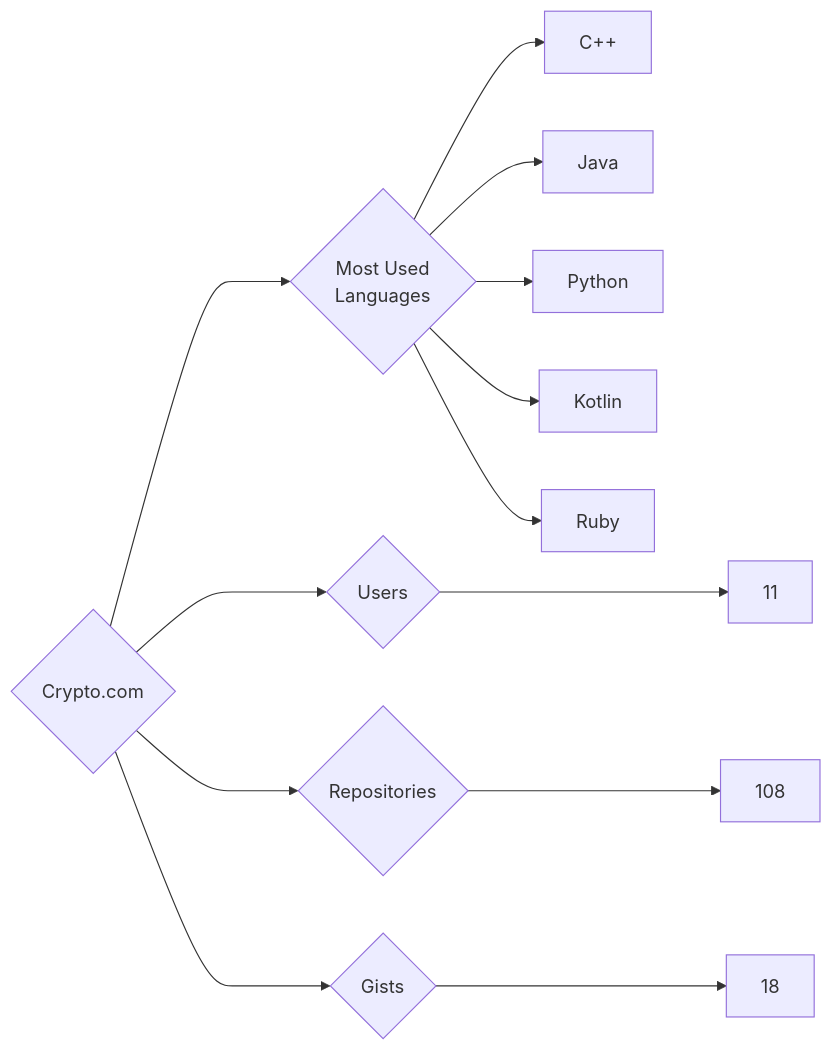
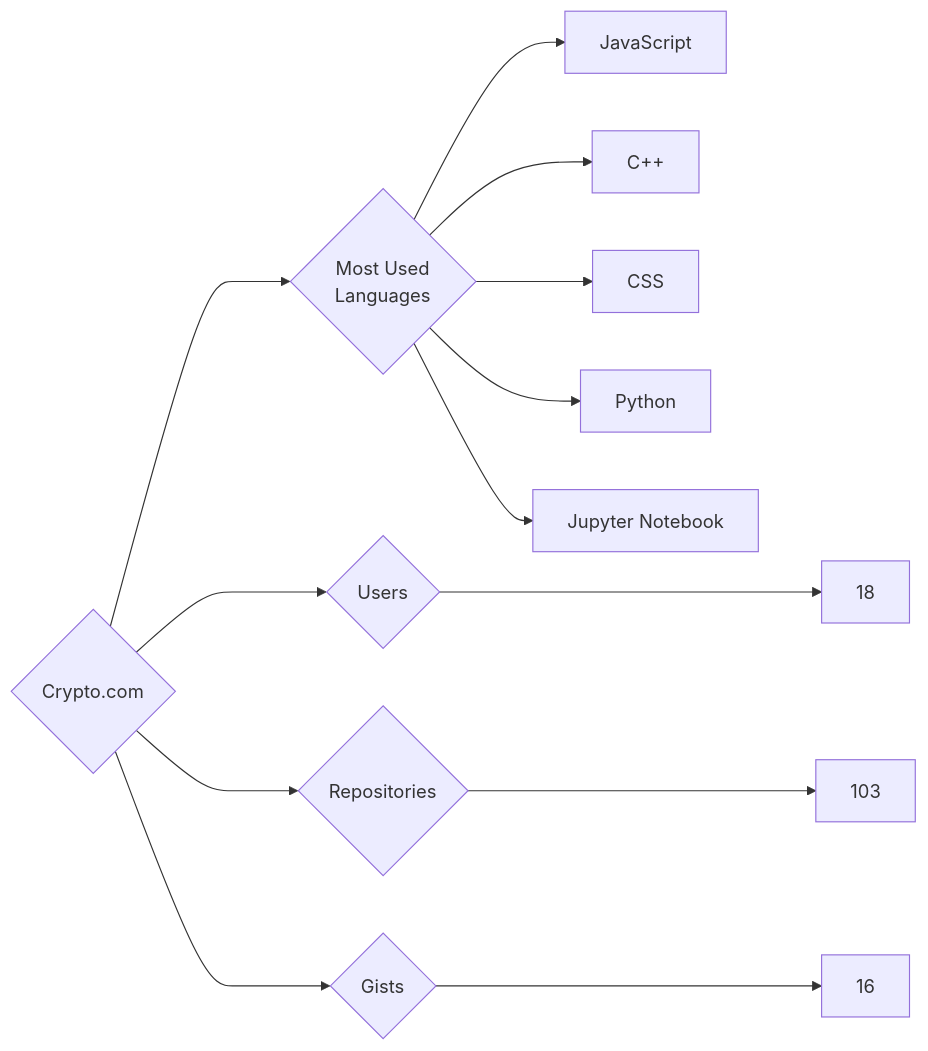
The diagram in targets/Crypto.com/README.md (trickest/insiders), drawn with Mermaid before and after one commit. The commit also changed 951 other files, not shown here.

````diff
--- a/targets/Crypto.com/README.md
+++ b/targets/Crypto.com/README.md
@@ -3,13 +3,13 @@
 ```mermaid
 graph LR
 COMPANY_NAME{Crypto.com}
-COMPANY_NAME ---> U{Users} ---> UN[11]
-COMPANY_NAME ---> R{Repositories} ---> RN[108]
-COMPANY_NAME ---> G{Gists} ---> GN[18]
+COMPANY_NAME ---> U{Users} ---> UN[18]
+COMPANY_NAME ---> R{Repositories} ---> RN[103]
+COMPANY_NAME ---> G{Gists} ---> GN[16]
 COMPANY_NAME ---> ML{Most Used<br>Languages}
+ML --> JavaScript[JavaScript]
 ML --> C++[C++]
-ML --> Java[Java]
+ML --> CSS[CSS]
 ML --> Python[Python]
-ML --> Kotlin[Kotlin]
-ML --> Ruby[Ruby]
+ML --> Jupyter_Notebook[Jupyter Notebook]
 ```
````
